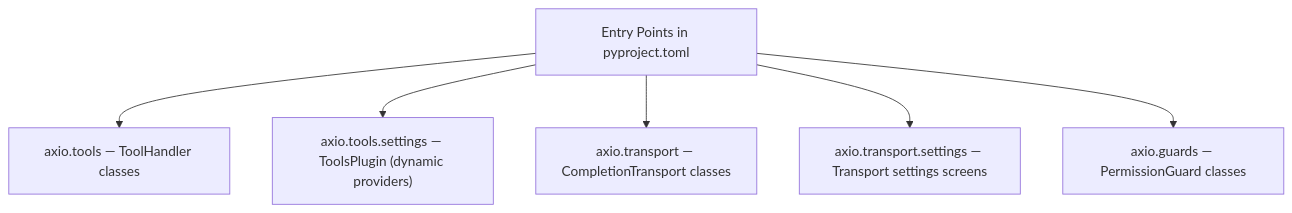
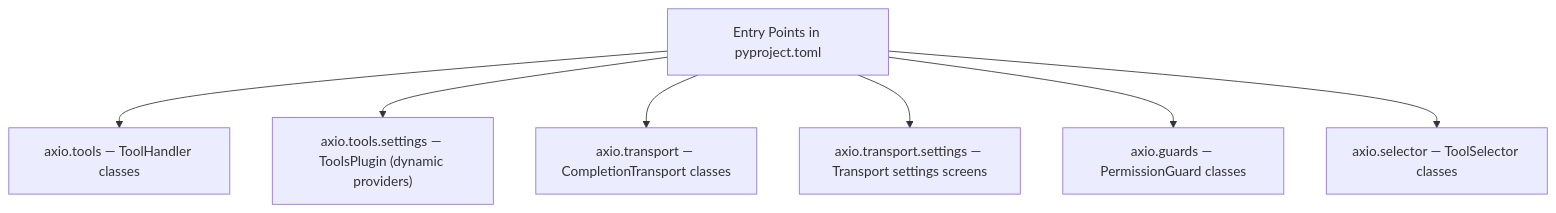
The diagram in docs/concepts/plugins.md (mosquito/axio-agent), drawn with Mermaid before and after one commit. The commit also changed other lines of this file and 48 other files, not shown here.

````diff
--- a/docs/concepts/plugins.md
+++ b/docs/concepts/plugins.md
@@ -9,9 +9,10 @@
 ```{mermaid}
 flowchart TD
     EP["Entry Points in pyproject.toml"]
     EP --> AT["axio.tools — ToolHandler classes"]
     EP --> ATS["axio.tools.settings — ToolsPlugin (dynamic providers)"]
     EP --> ATR["axio.transport — CompletionTransport classes"]
     EP --> ATRS["axio.transport.settings — Transport settings screens"]
     EP --> AG["axio.guards — PermissionGuard classes"]
+    EP --> AS["axio.selector — ToolSelector classes"]
 ```
````
